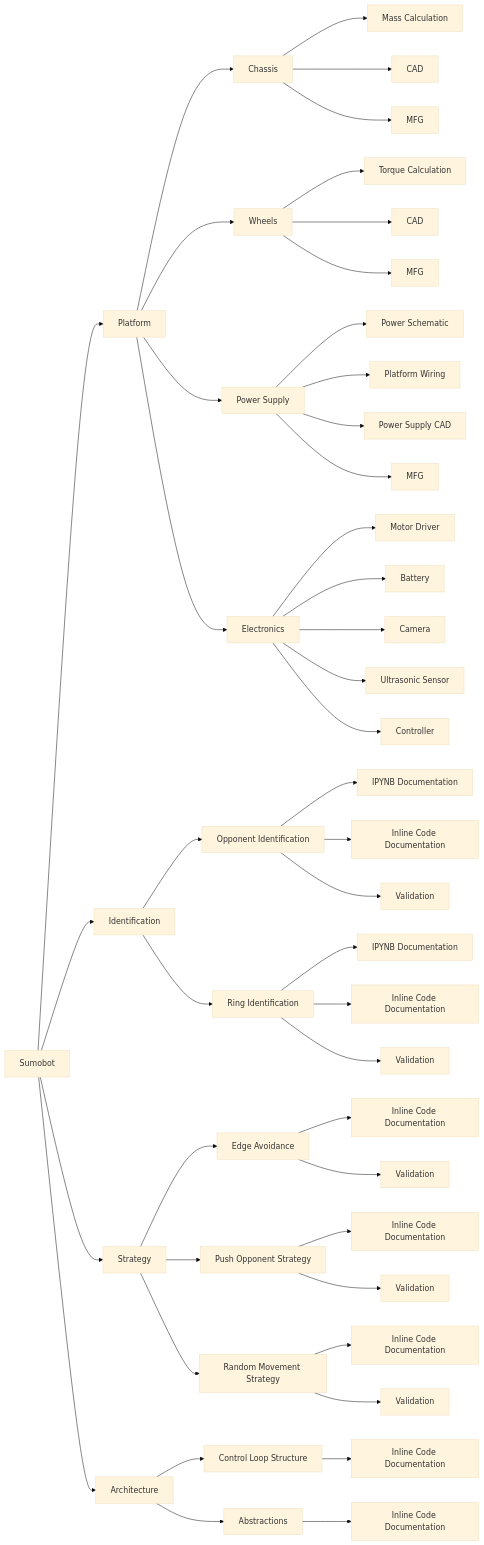
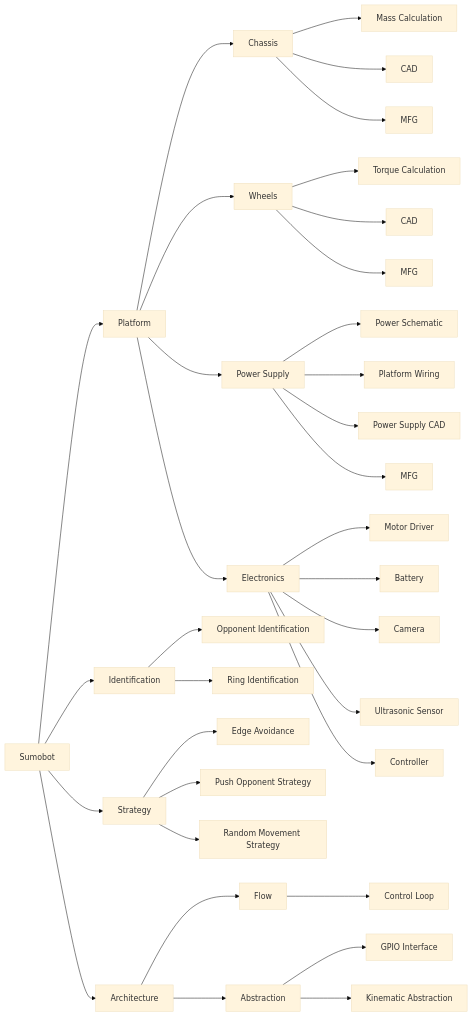
Before and after one commit to dennuguyen/sumoltaneous-equations: the diagram in README.md, drawn with Mermaid (base theme).

Commit message:
Update WBS.

````diff
--- a/README.md
+++ b/README.md
@@ -19,59 +19,45 @@
 ```mermaid
 graph LR
     Sumobot
     Sumobot --> Platform
     Sumobot --> Identification
     Sumobot --> Strategy
     Sumobot --> Architecture
 
     Identification --> opp[Opponent Identification]
-    opp --> opp_ipynb[IPYNB Documentation]
-    opp --> opp_code_doc[Inline Code Documentation]
-    opp --> opp_val[Validation]
+    Identification --> ring[Ring Identification]
 
-    Identification --> ring[Ring Identification]
-    ring --> ring_ipynb[IPYNB Documentation]
-    ring --> ring_code_doc[Inline Code Documentation]
-    ring --> ring_val[Validation]
+    Architecture --> Flow
+    Flow --> control_loop[Control Loop]
 
-    Architecture --> control[Control Loop Structure]
-    control --> control_code_doc[Inline Code Documentation]
-
-    Architecture --> abstract[Abstractions]
-    abstract --> abstract_code_doc[Inline Code Documentation]
+    Architecture --> Abstraction
+    Abstraction --> gpio_interface[GPIO Interface]
+    Abstraction --> kinematic_abstraction[Kinematic Abstraction]
 
     Strategy --> avoidance[Edge Avoidance]
-    avoidance --> avoidance_code_doc[Inline Code Documentation]
-    avoidance --> avoidance_val[Validation]
-
     Strategy --> push[Push Opponent Strategy]
-    push --> push_code_doc[Inline Code Documentation]
-    push --> push_val[Validation]
-
     Strategy --> random[Random Movement Strategy]
-    random --> random_code_doc[Inline Code Documentation]
-    random --> random_val[Validation]
 
     Platform --> Chassis
     Chassis --> chassis_mass[Mass Calculation]
     Chassis --> chassis_cad[CAD]
     Chassis --> chassis_mfg[MFG]
 
     Platform --> Wheels
     Wheels --> wheel_torque[Torque Calculation]
     Wheels --> wheels_cad[CAD]
     Wheels --> wheels_mfg[MFG]
 
     Platform --> power[Power Supply]
     power --> power_schematic[Power Schematic]
     power --> Wiring[Platform Wiring]
     power --> power_cad[Power Supply CAD]
     power --> mfg_power[MFG]
 
     Platform --> Electronics
     Electronics --> driver_mounts[Motor Driver]
     Electronics --> battery_mount[Battery]
     Electronics --> camera_mount[Camera]
     Electronics --> ultrasonic_mount[Ultrasonic Sensor]
     Electronics --> arduino_mount[Controller]
 ```
````
